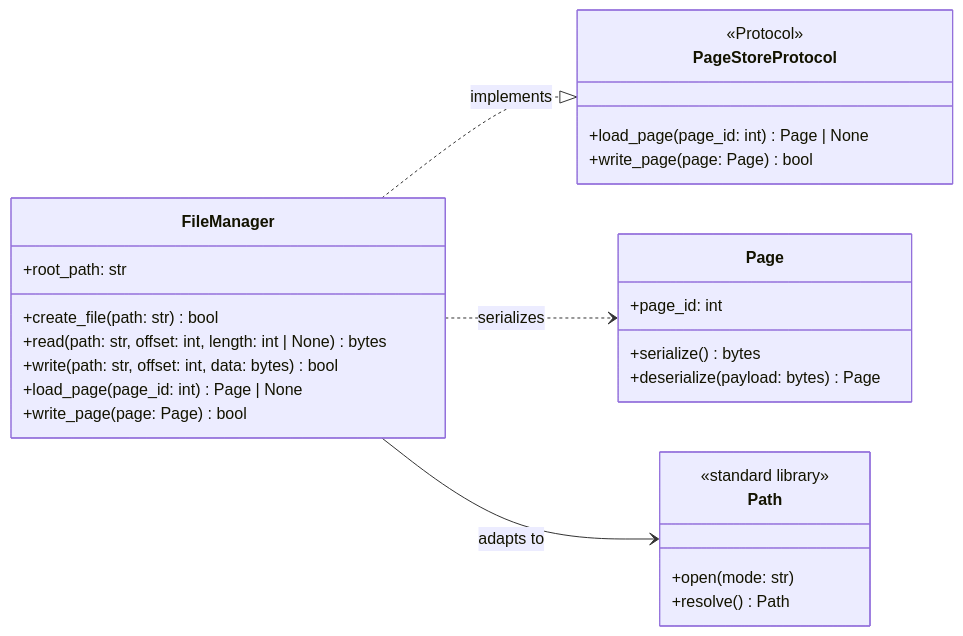
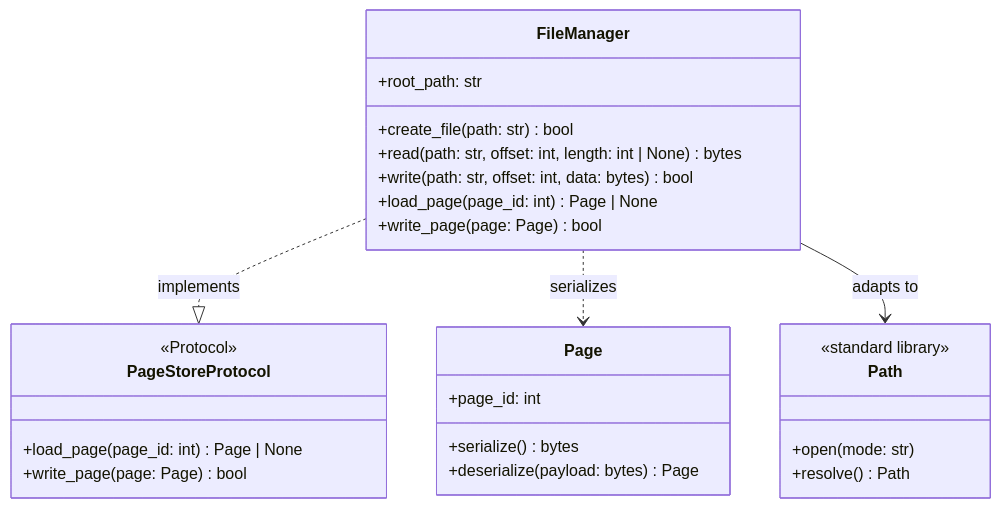
Before and after one commit to taitran501/DBMS: the second of 4 diagrams in docs/diagrams/class/storage_engine.md, drawn with Mermaid. The commit also changed other lines of this file and 3 other files, not shown here.

Commit message:
docs: add class and sequence diagrams into README, remove some redundant diagrams in Database Object design pattern

````diff
--- a/docs/diagrams/class/storage_engine.md
+++ b/docs/diagrams/class/storage_engine.md
@@ -76,35 +76,35 @@
 ```mermaid
 classDiagram
-    direction LR
+    direction TB
 
     class FileManager {
         +root_path: str
         +create_file(path: str) bool
         +read(path: str, offset: int, length: int | None) bytes
         +write(path: str, offset: int, data: bytes) bool
         +load_page(page_id: int) Page | None
         +write_page(page: Page) bool
     }
 
     class PageStoreProtocol {
         <<Protocol>>
         +load_page(page_id: int) Page | None
         +write_page(page: Page) bool
     }
 
     class Page {
         +page_id: int
         +serialize() bytes
         +deserialize(payload: bytes) Page
     }
 
     class Path {
         <<standard library>>
         +open(mode: str)
         +resolve() Path
     }
 
     FileManager ..|> PageStoreProtocol : implements
     FileManager ..> Page : serializes
     FileManager --> Path : adapts to
 ```
````
